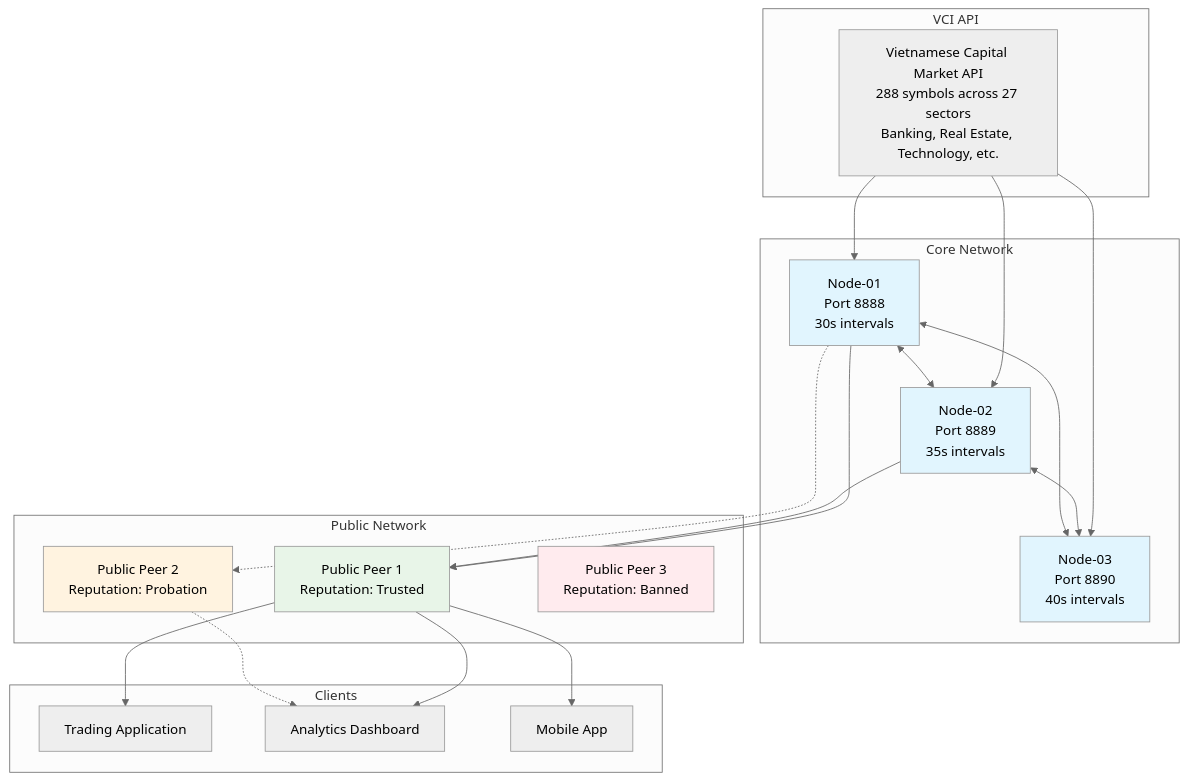
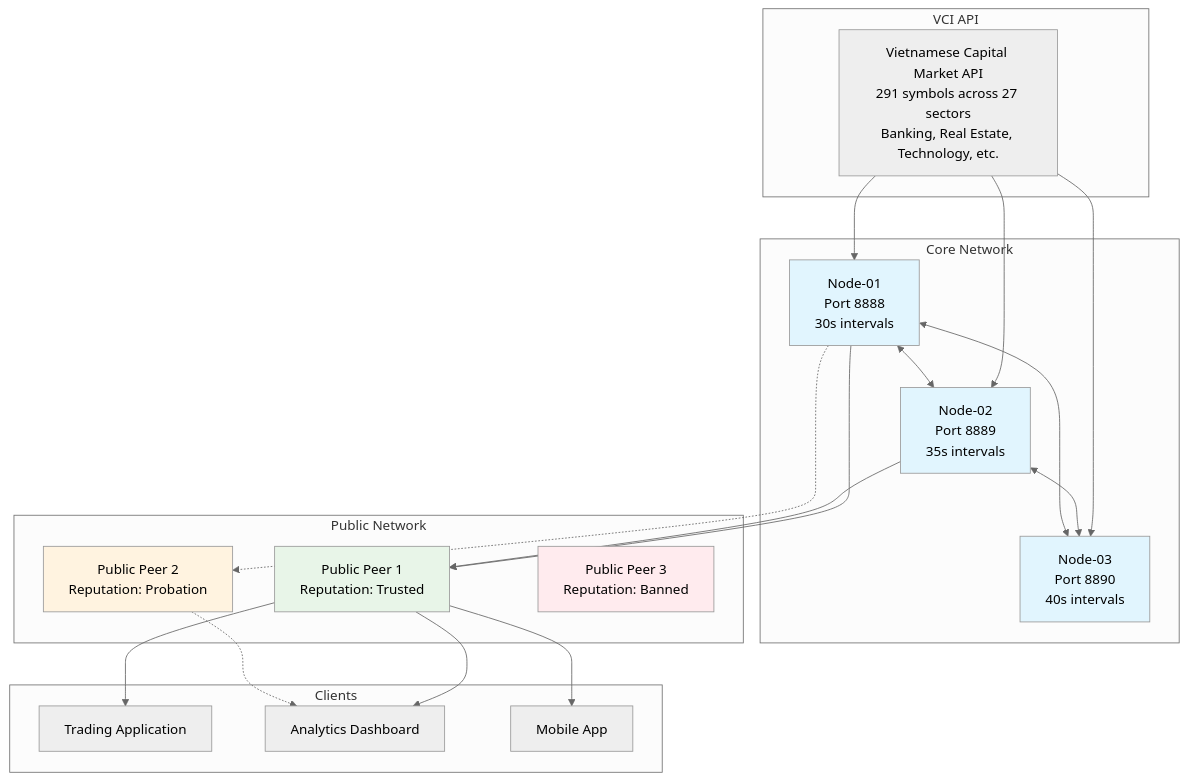
One commit to quanhua92/aipriceaction-proxy changed the first of 17 diagrams in docs/README.md. Above: the diagram before and after it, drawn with Mermaid (neutral theme). The commit also changed other lines of this file and 5 other files, not shown here.

````diff
--- a/docs/README.md
+++ b/docs/README.md
@@ -12,50 +12,50 @@
 ```mermaid
 graph TB
     subgraph "VCI API"
-        VCI[Vietnamese Capital Market API<br/>288 symbols across 27 sectors<br/>Banking, Real Estate, Technology, etc.]
+        VCI[Vietnamese Capital Market API<br/>291 symbols across 27 sectors<br/>Banking, Real Estate, Technology, etc.]
     end
     
     subgraph "Core Network"
         N1["Node-01<br/>Port 8888<br/>30s intervals"]
         N2["Node-02<br/>Port 8889<br/>35s intervals"] 
         N3["Node-03<br/>Port 8890<br/>40s intervals"]
     end
     
     subgraph "Public Network"
         P1["Public Peer 1<br/>Reputation: Trusted"]
         P2["Public Peer 2<br/>Reputation: Probation"]
         P3["Public Peer 3<br/>Reputation: Banned"]
     end
     
     subgraph "Clients"
         C1["Trading Application"]
         C2["Analytics Dashboard"]
         C3["Mobile App"]
     end
     
     VCI --> N1
     VCI --> N2  
     VCI --> N3
     
     N1 <--> N2
     N2 <--> N3
     N1 <--> N3
     
     N1 --> P1
     N2 --> P1
     P1 --> C1
     P1 --> C2
     P1 --> C3
     
     N1 -.-> P2
     P2 -.-> C2
     
     %% P3 (Banned peer) has no connections - requests are rejected
     
     style N1 fill:#e1f5fe
     style N2 fill:#e1f5fe
     style N3 fill:#e1f5fe
     style P1 fill:#e8f5e8
     style P2 fill:#fff3e0
     style P3 fill:#ffebee
 ```
````
